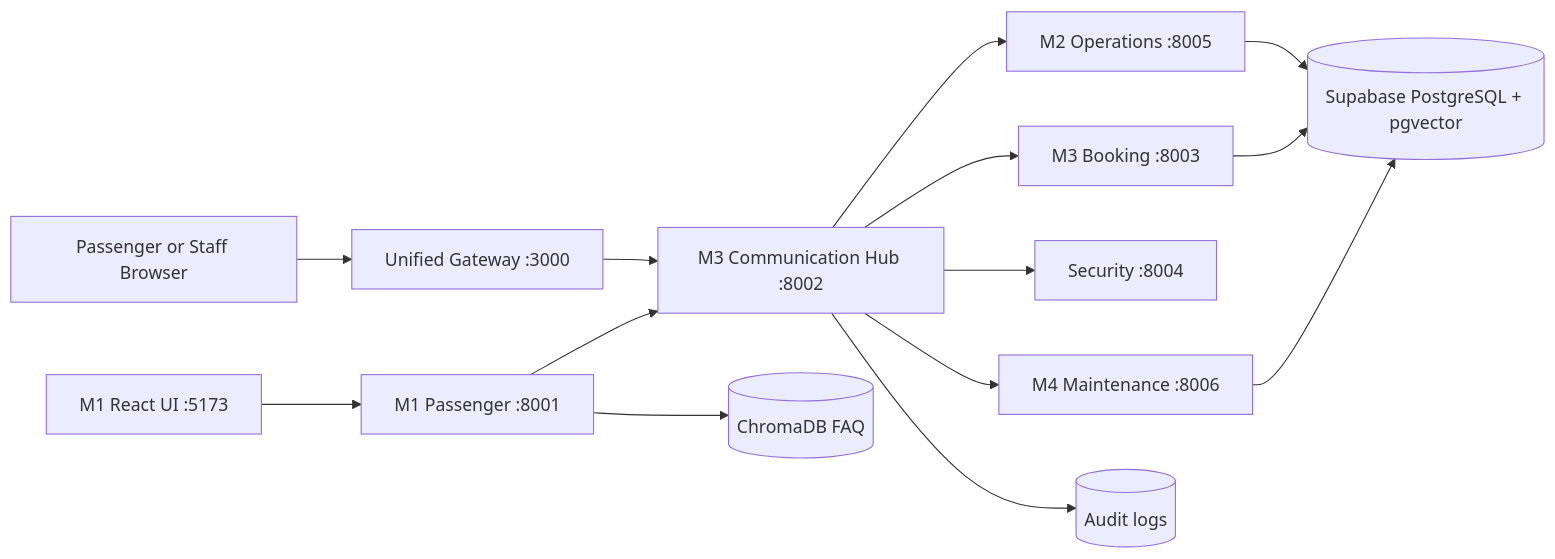
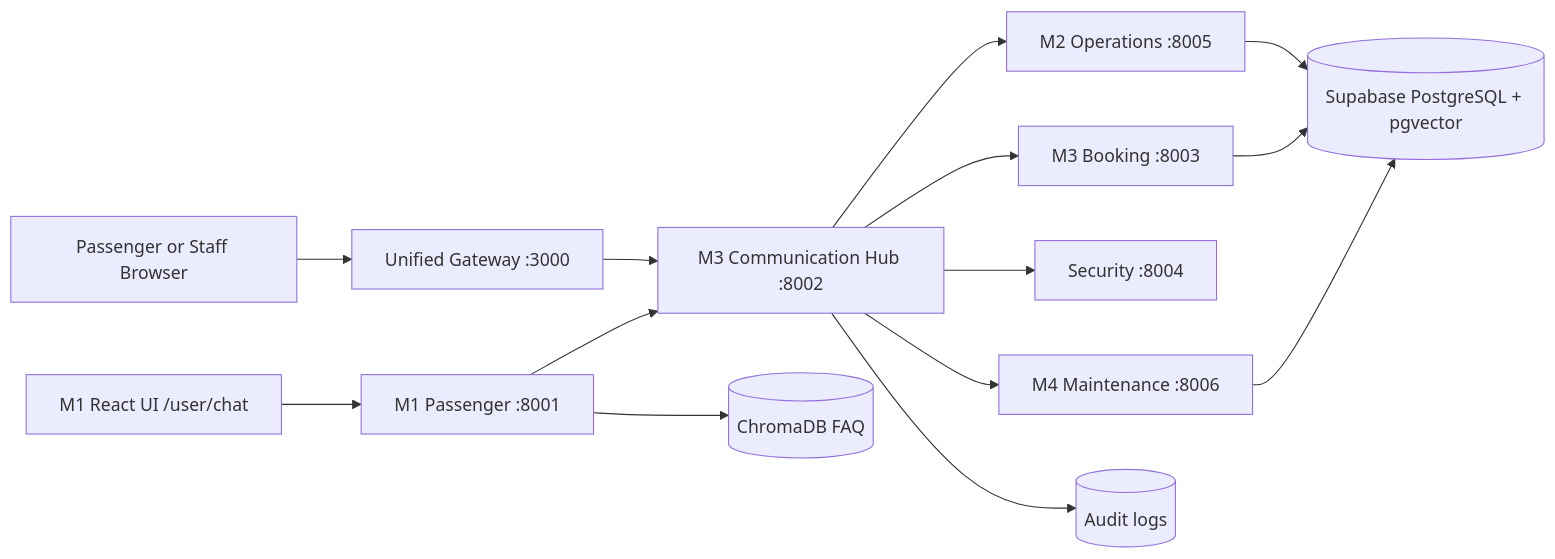
The diagram in README.md (pasindi15/RailSence-AI), drawn with Mermaid before and after one commit. The commit also changed other lines of this file and 13 other files, not shown here.

````diff
--- a/README.md
+++ b/README.md
@@ -36,16 +36,16 @@
 ```mermaid
 flowchart LR
     Browser[Passenger or Staff Browser] --> Gateway[Unified Gateway :3000]
-    React[M1 React UI :5173] --> M1[M1 Passenger :8001]
+    React[M1 React UI /user/chat] --> M1[M1 Passenger :8001]
     Gateway --> Hub[M3 Communication Hub :8002]
     M1 --> Hub
     Hub --> M2[M2 Operations :8005]
     Hub --> Booking[M3 Booking :8003]
     Hub --> Security[Security :8004]
     Hub --> Maintenance[M4 Maintenance :8006]
     M1 --> Chroma[(ChromaDB FAQ)]
     M2 --> Supabase[(Supabase PostgreSQL + pgvector)]
     Booking --> Supabase
     Maintenance --> Supabase
     Hub --> Audit[(Audit logs)]
 ```
````
